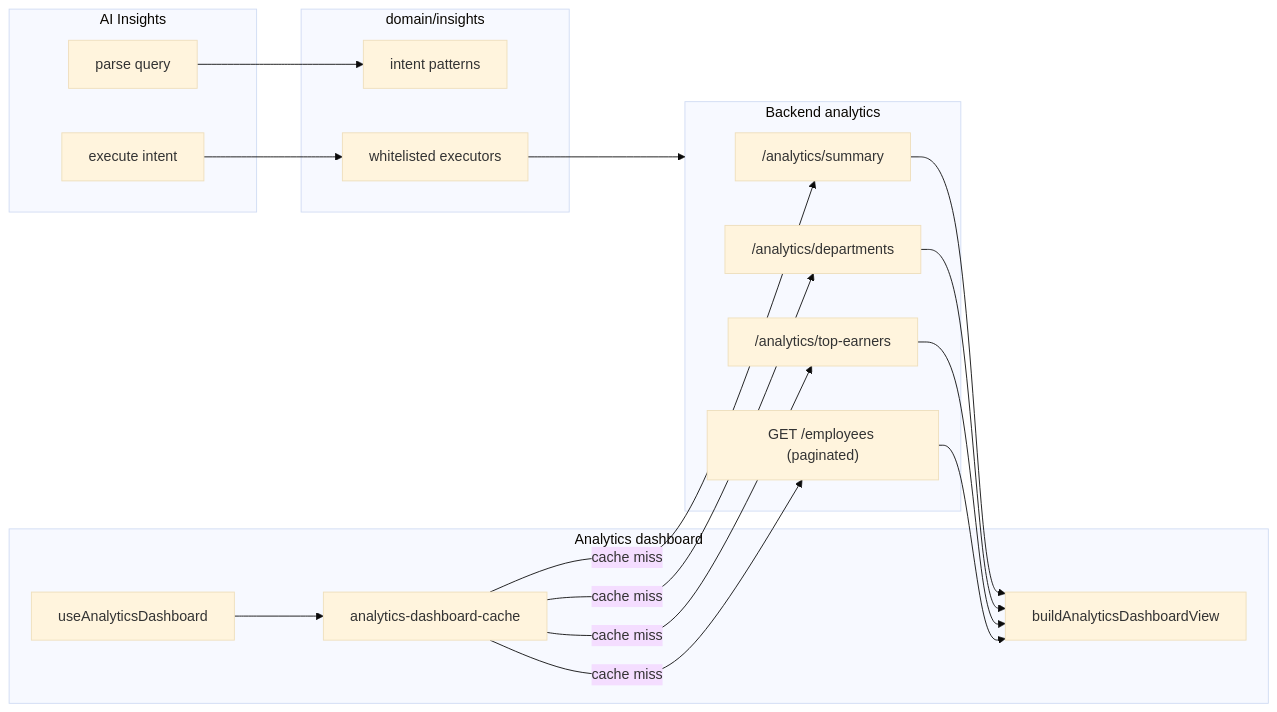
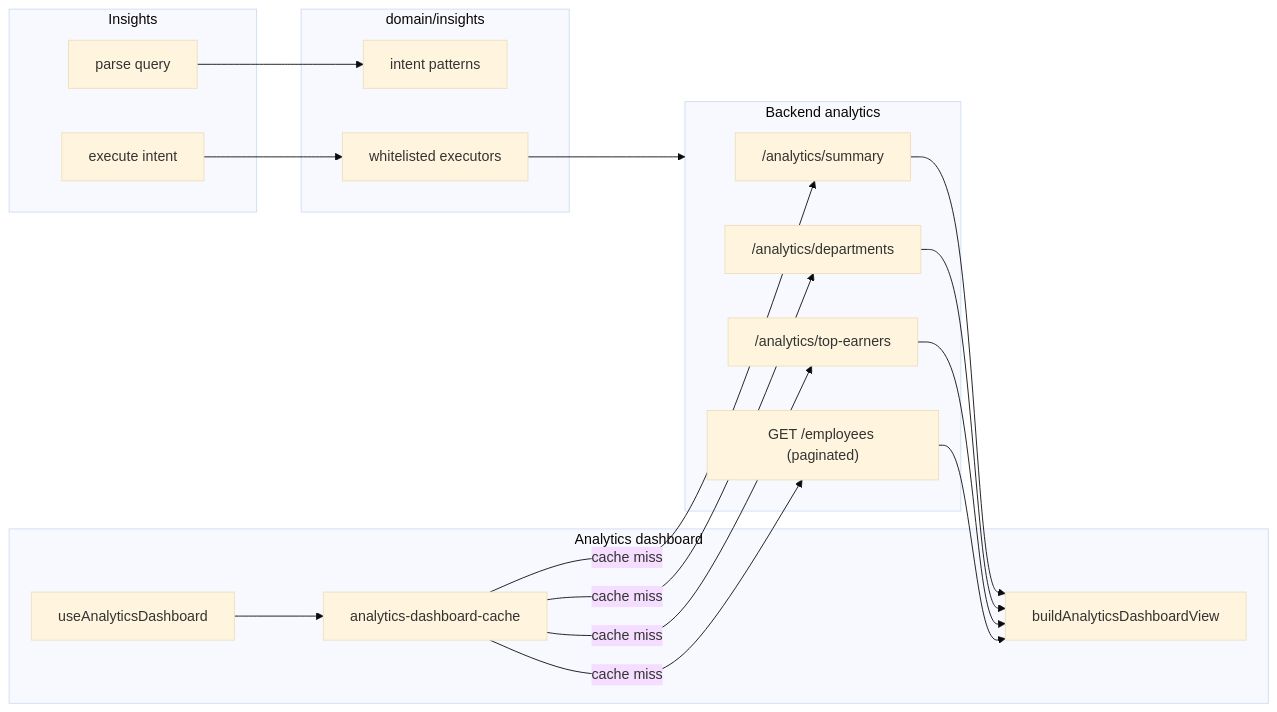
The sixth of 6 diagrams in docs/architecture.md (BiswajitSen/acme-salary-platform), drawn with Mermaid (base theme) before and after one commit. The commit also changed other lines of this file and 9 other files, not shown here.

````diff
--- a/docs/architecture.md
+++ b/docs/architecture.md
@@ -255,39 +255,39 @@
 ```mermaid
 flowchart LR
   subgraph AnalyticsUI["Analytics dashboard"]
     Hook["useAnalyticsDashboard"]
     Cache["analytics-dashboard-cache"]
     View["buildAnalyticsDashboardView"]
   end
 
   subgraph AnalyticsAPI["Backend analytics"]
     Summary["/analytics/summary"]
     Depts["/analytics/departments"]
     Top["/analytics/top-earners"]
     Employees["GET /employees (paginated)"]
   end
 
-  subgraph InsightsUI["AI Insights"]
+  subgraph InsightsUI["Insights"]
     Parser["parse query"]
     Execute["execute intent"]
   end
 
   subgraph InsightsDomain["domain/insights"]
     Intents["intent patterns"]
     Executors["whitelisted executors"]
   end
 
   Hook --> Cache
   Cache -->|cache miss| Summary
   Cache -->|cache miss| Depts
   Cache -->|cache miss| Top
   Cache -->|cache miss| Employees
   Summary --> View
   Depts --> View
   Top --> View
   Employees --> View
 
   Parser --> Intents
   Execute --> Executors
   Executors --> AnalyticsAPI
 ```
````
